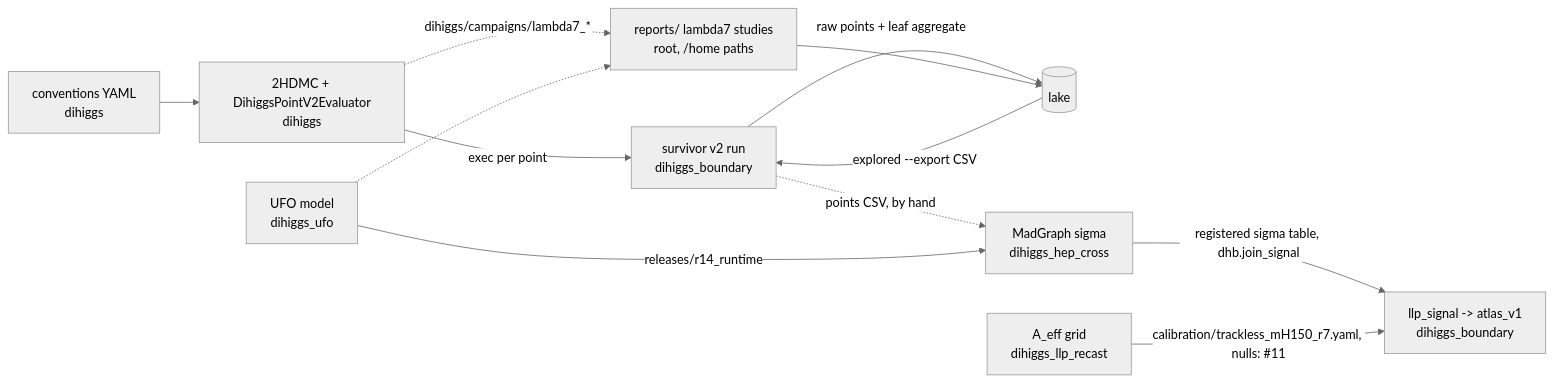
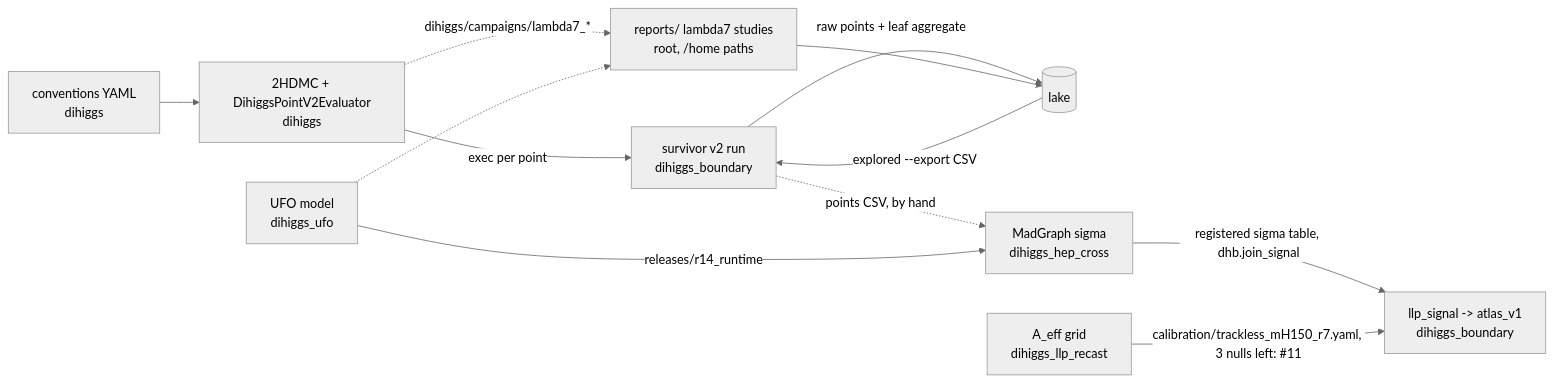
Before and after one commit to fbientrigo/atlas_dihiggs: the diagram in docs/DATA_FLOW.md, drawn with Mermaid (neutral theme). The commit also changed other lines of this file, not shown here.

First line of the commit message:
Task N: repin boundary 3513167 (golden regen, CI green), llp_recast 58369eb (#11 S95 = 3.0); DATA_FLOW updated

````diff
--- a/docs/DATA_FLOW.md
+++ b/docs/DATA_FLOW.md
@@ -14,14 +14,14 @@
 ```mermaid
 flowchart LR
   CONV[conventions YAML<br/>dihiggs] --> EV[2HDMC + DihiggsPointV2Evaluator<br/>dihiggs]
   EV -->|exec per point| RUN[survivor v2 run<br/>dihiggs_boundary]
   RUN -->|raw points + leaf aggregate| LAKE[(lake)]
   LAKE -->|explored --export CSV| RUN
   RUN -.->|points CSV, by hand| XS[MadGraph sigma<br/>dihiggs_hep_cross]
   UFO[UFO model<br/>dihiggs_ufo] -->|releases/r14_runtime| XS
   XS -->|registered sigma table, dhb.join_signal| SIG[llp_signal -> atlas_v1<br/>dihiggs_boundary]
-  REC[A_eff grid<br/>dihiggs_llp_recast] -->|calibration/trackless_mH150_r7.yaml, nulls: #11| SIG
+  REC[A_eff grid<br/>dihiggs_llp_recast] -->|calibration/trackless_mH150_r7.yaml, 3 nulls left: #11| SIG
   EV -.->|dihiggs/campaigns/lambda7_*| REP[reports/ lambda7 studies<br/>root, /home paths]
   UFO -.-> REP
   REP --> LAKE
 ```
````
